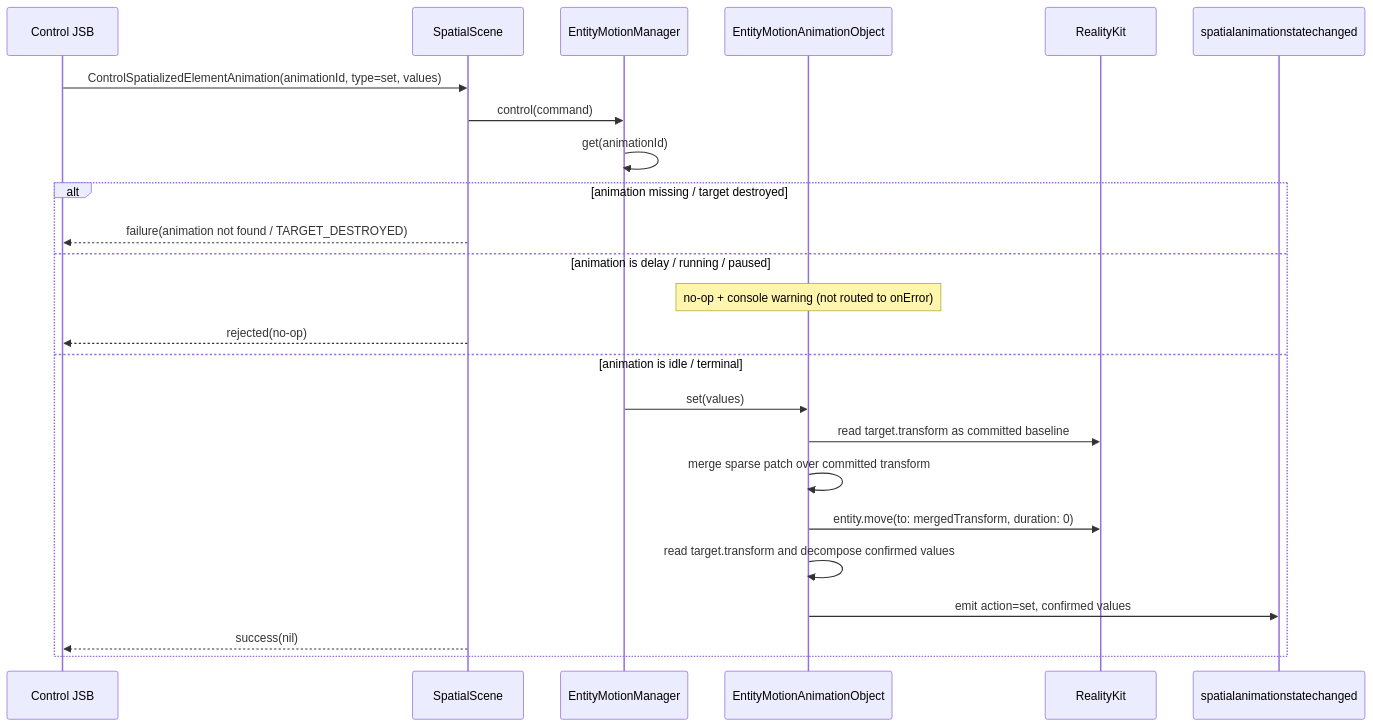
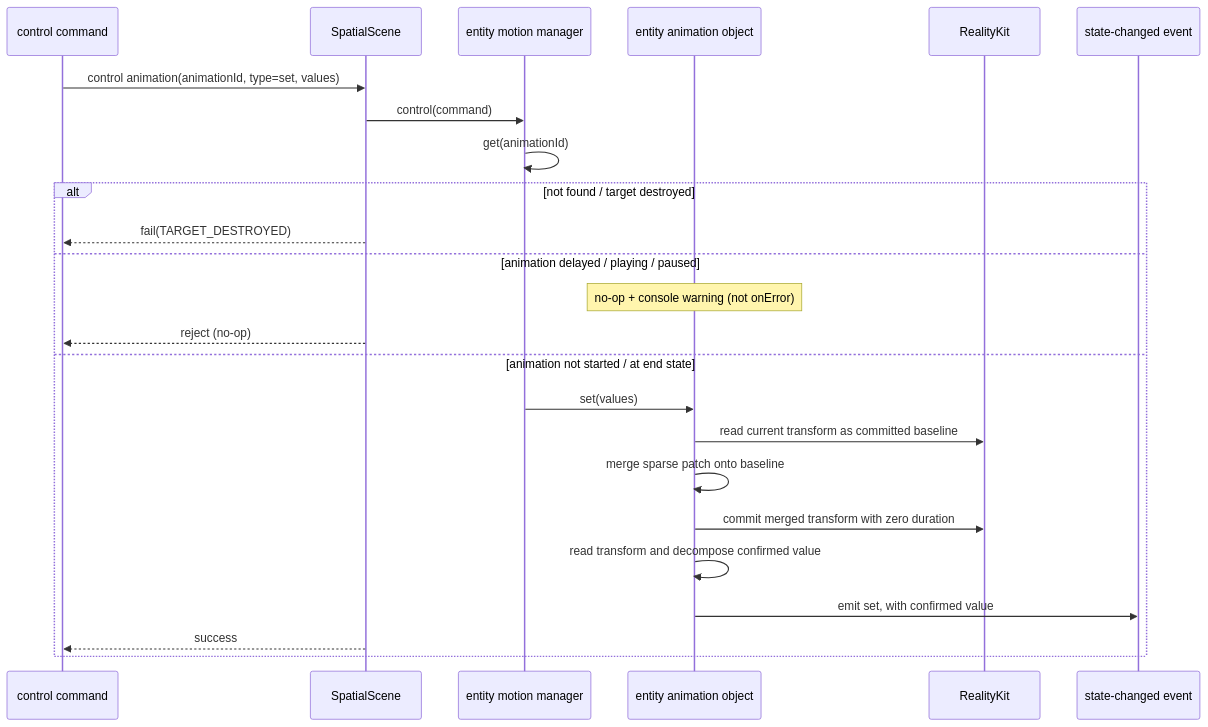
One commit to webspatial/webspatial-sdk changed diagram 11 of 11 in openspec/changes/redesign-entity-motion-api/design.md. Above: the diagram before and after it, drawn with Mermaid. The commit also changed other lines of this file and 7 other files, not shown here.

````diff
--- a/openspec/changes/redesign-entity-motion-api/design.md
+++ b/openspec/changes/redesign-entity-motion-api/design.md
@@ -786,27 +955,27 @@
 ```mermaid
 sequenceDiagram
-    participant JSB as Control JSB
+    participant JSB as control command
     participant Scene as SpatialScene
-    participant Manager as EntityMotionManager
-    participant Obj as EntityMotionAnimationObject
+    participant Manager as entity motion manager
+    participant Obj as entity animation object
     participant RK as RealityKit
-    participant Event as spatialanimationstatechanged
+    participant Event as state-changed event
 
-    JSB->>Scene: ControlSpatializedElementAnimation(animationId, type=set, values)
+    JSB->>Scene: control animation(animationId, type=set, values)
     Scene->>Manager: control(command)
     Manager->>Manager: get(animationId)
-    alt animation missing / target destroyed
-        Scene-->>JSB: failure(animation not found / TARGET_DESTROYED)
-    else animation is delay / running / paused
-        Note over Obj: no-op + console warning (not routed to onError)
-        Scene-->>JSB: rejected(no-op)
-    else animation is idle / terminal
+    alt not found / target destroyed
+        Scene-->>JSB: fail(TARGET_DESTROYED)
+    else animation delayed / playing / paused
+        Note over Obj: no-op + console warning (not onError)
+        Scene-->>JSB: reject (no-op)
+    else animation not started / at end state
         Manager->>Obj: set(values)
-        Obj->>RK: read target.transform as committed baseline
-        Obj->>Obj: merge sparse patch over committed transform
-        Obj->>RK: entity.move(to: mergedTransform, duration: 0)
-        Obj->>Obj: read target.transform and decompose confirmed values
-        Obj->>Event: emit action=set, confirmed values
-        Scene-->>JSB: success(nil)
+        Obj->>RK: read current transform as committed baseline
+        Obj->>Obj: merge sparse patch onto baseline
+        Obj->>RK: commit merged transform with zero duration
+        Obj->>Obj: read transform and decompose confirmed value
+        Obj->>Event: emit set, with confirmed value
+        Scene-->>JSB: success
     end
 ```
````
